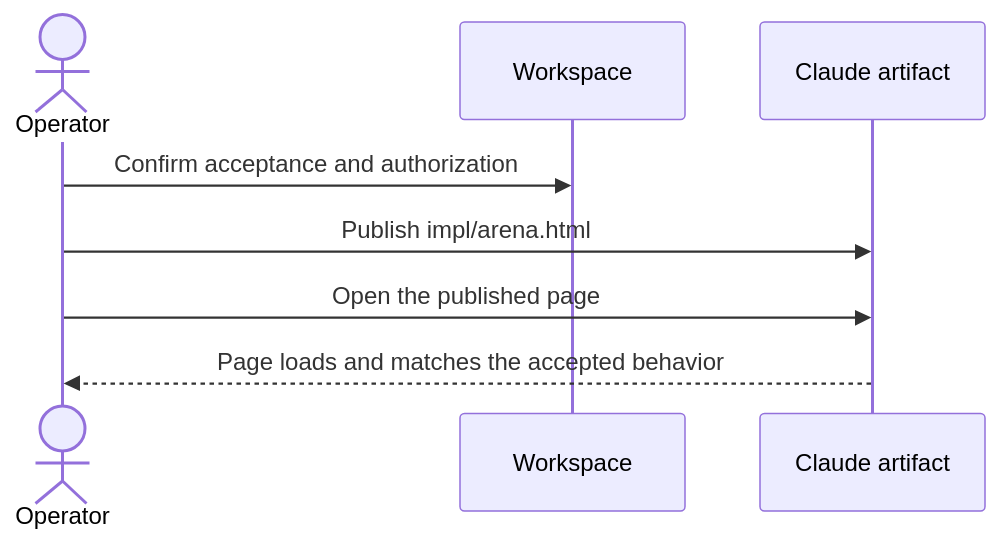
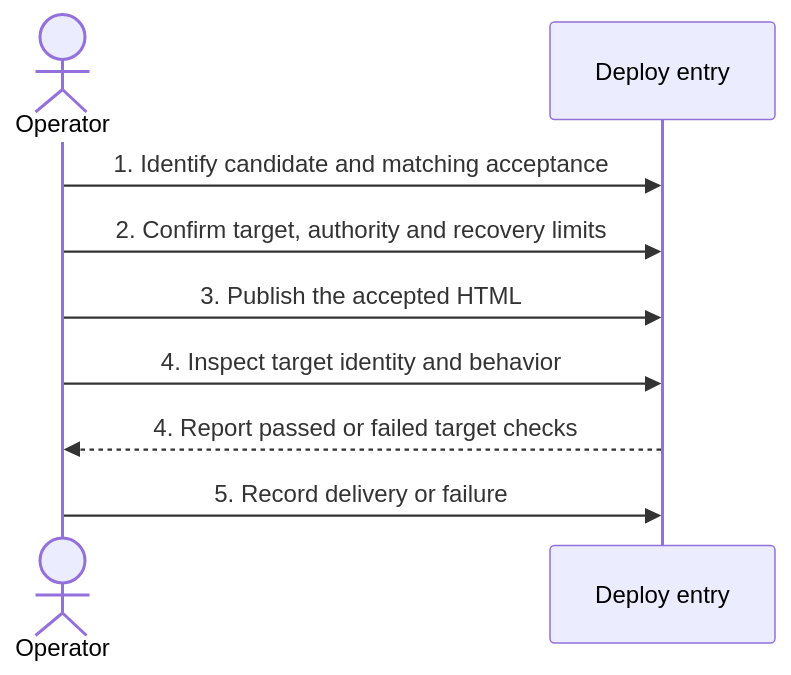
One commit to lengthlong/exercise_arena changed the diagram in journey/operator/0002-publish-artifact.md. Above: the diagram before and after it, drawn with Mermaid. The commit also changed other lines of this file and 27 other files, not shown here.

````diff
--- a/journey/operator/0002-publish-artifact.md
+++ b/journey/operator/0002-publish-artifact.md
@@ -8,10 +8,11 @@
 ```mermaid
 sequenceDiagram
     actor O as Operator
-    participant W as Workspace
-    participant A as Claude artifact
-    O->>W: Confirm acceptance and authorization
-    O->>A: Publish impl/arena.html
-    O->>A: Open the published page
-    A-->>O: Page loads and matches the accepted behavior
+    participant D as Deploy entry
+    O->>D: 1. Identify candidate and matching acceptance
+    O->>D: 2. Confirm target, authority and recovery limits
+    O->>D: 3. Publish the accepted HTML
+    O->>D: 4. Inspect target identity and behavior
+    D-->>O: 4. Report passed or failed target checks
+    O->>D: 5. Record delivery or failure
 ```
````
